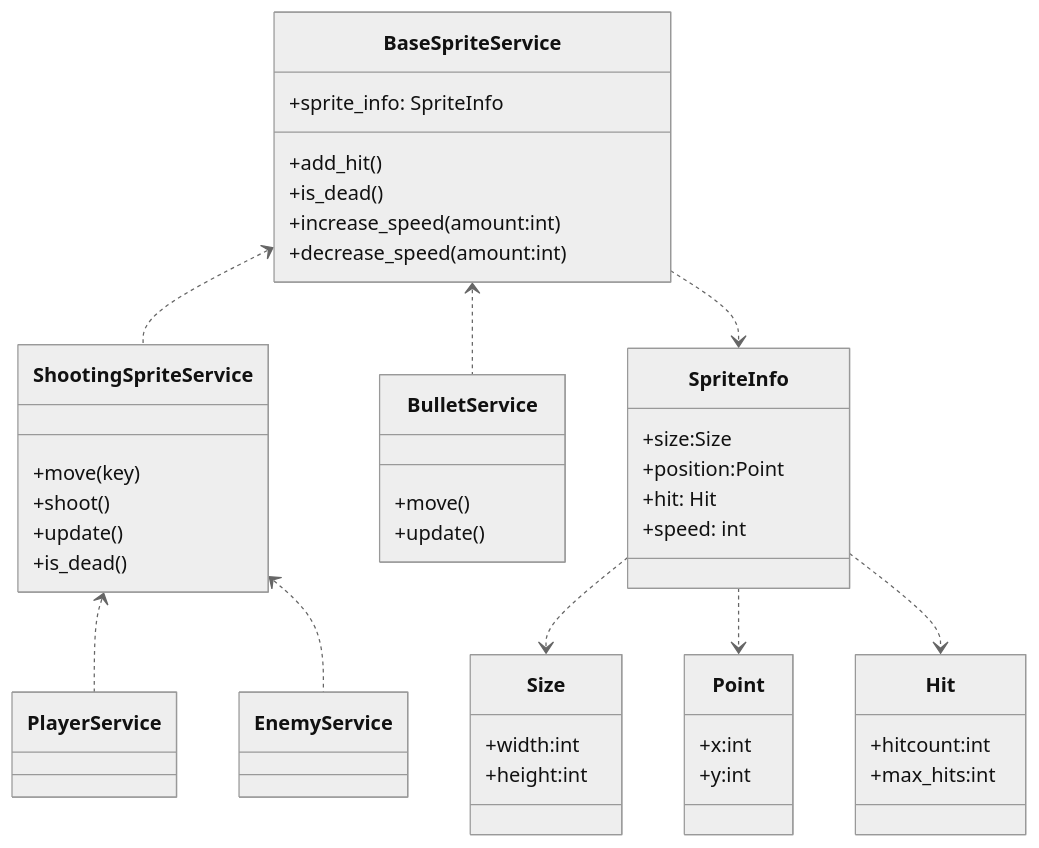
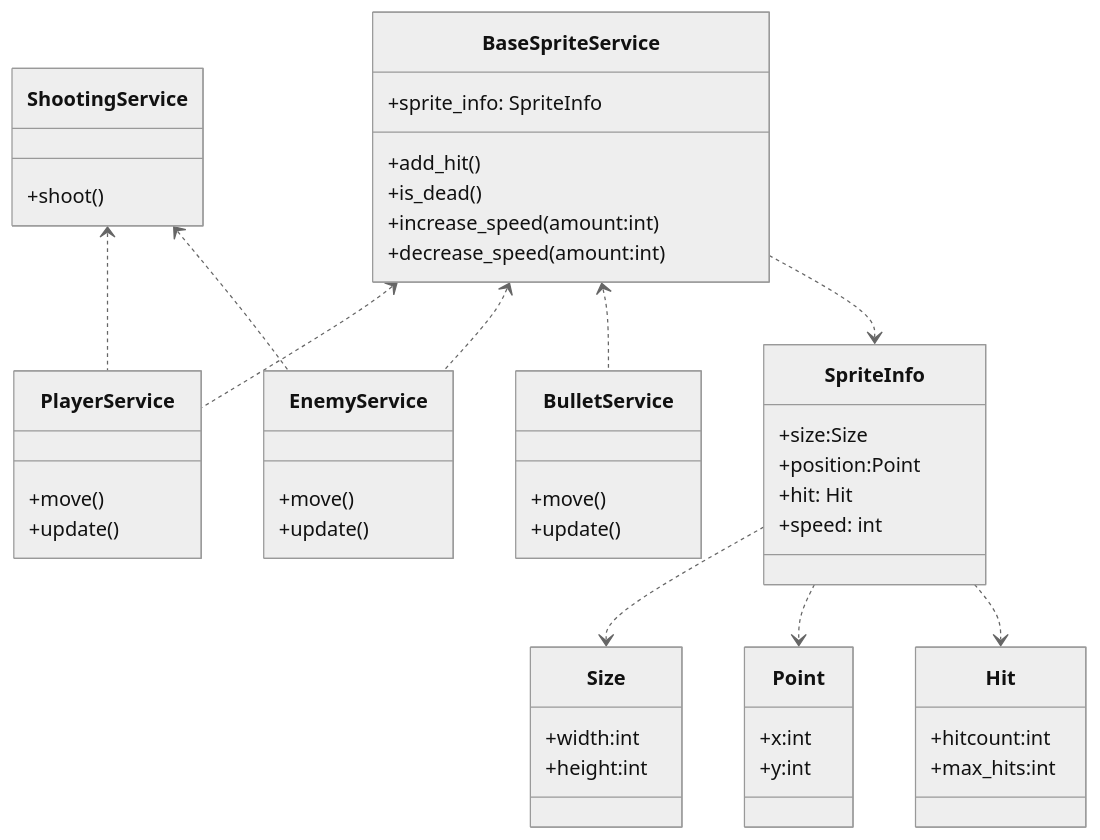
One commit to Tapir79/ot-harjoitustyo changed the eighth of 17 diagrams in dokumentaatio/arkkitehtuuri.md. Above: the diagram before and after it, drawn with Mermaid (neutral theme). The commit also changed other lines of this file and 6 other files, not shown here.

Commit message:
Simplify enemy_service

````diff
--- a/dokumentaatio/arkkitehtuuri.md
+++ b/dokumentaatio/arkkitehtuuri.md
@@ -129,64 +155,64 @@
 ```mermaid
 classDiagram
     class BaseSpriteService {
         +sprite_info: SpriteInfo
         +add_hit()
         +is_dead()  
         +increase_speed(amount:int)
         +decrease_speed(amount:int)
     }
 
-    class ShootingSpriteService {
-        +move(key)
+    class ShootingService {
         +shoot()
-        +update()
-        +is_dead()
     }
 
     class PlayerService {
-       
+       +move()
+       +update()
     }
 
     class EnemyService {
-
+        +move()
+        +update()
     }
 
     class BulletService {
         +move()
         +update()
     }
 
     class SpriteInfo{
         +size:Size
         +position:Point
         +hit: Hit
         +speed: int   
     }
 
     class Size{
         +width:int
         +height:int
     }
 
     class  Point{
         +x:int
         +y:int
     }
 
     class  Hit{
         +hitcount:int
         +max_hits:int
     }
  
 
-    BaseSpriteService <.. ShootingSpriteService
+    BaseSpriteService <.. PlayerService
+    BaseSpriteService <.. EnemyService
     BaseSpriteService <.. BulletService
 
-    ShootingSpriteService <.. PlayerService
-    ShootingSpriteService <.. EnemyService
+    ShootingService <.. PlayerService
+    ShootingService <.. EnemyService
 
     SpriteInfo ..> Size
     SpriteInfo ..> Point
     SpriteInfo ..> Hit
     BaseSpriteService ..> SpriteInfo
 ```
````
